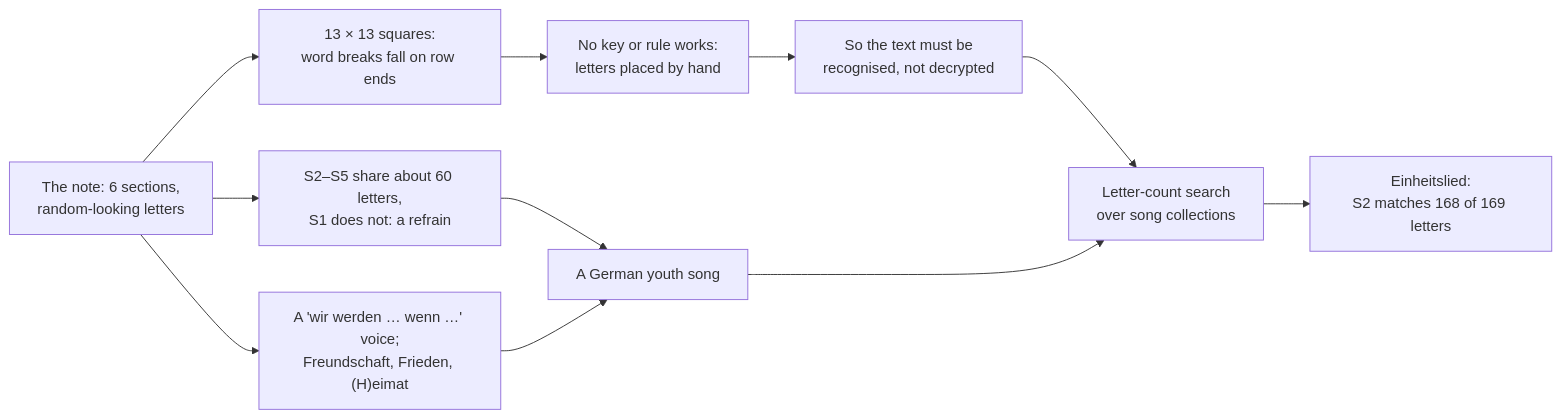
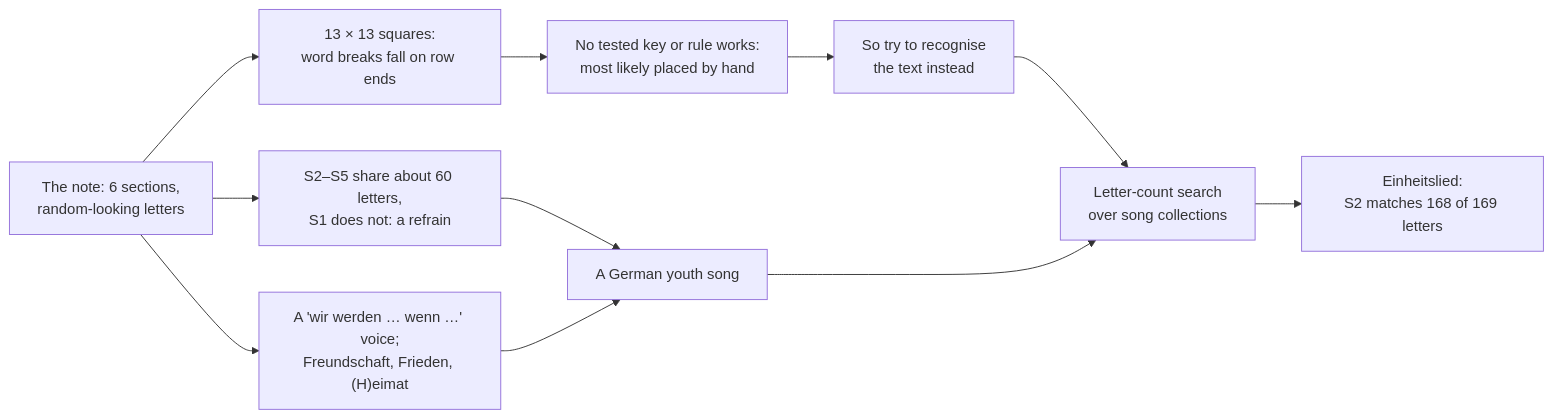
One commit to antalez/baltiysk-bottle-note changed the diagram in README.md. Above: the diagram before and after it, drawn with Mermaid. The commit also changed other lines of this file and 9 other files, not shown here.

````diff
--- a/README.md
+++ b/README.md
@@ -37,13 +37,13 @@
 ```mermaid
 flowchart LR
   N["The note: 6 sections,<br/>random-looking letters"] --> Q["13 × 13 squares:<br/>word breaks fall on row ends"]
-  Q --> K["No key or rule works:<br/>letters placed by hand"]
-  K --> R["So the text must be<br/>recognised, not decrypted"]
+  Q --> K["No tested key or rule works:<br/>most likely placed by hand"]
+  K --> R["So try to recognise<br/>the text instead"]
   N --> F["S2–S5 share about 60 letters,<br/>S1 does not: a refrain"]
   N --> V["A 'wir werden … wenn …' voice;<br/>Freundschaft, Frieden, (H)eimat"]
   F --> G["A German youth song"]
   V --> G
   R --> S["Letter-count search<br/>over song collections"]
   G --> S
   S --> E["Einheitslied:<br/>S2 matches 168 of 169 letters"]
 ```
````
